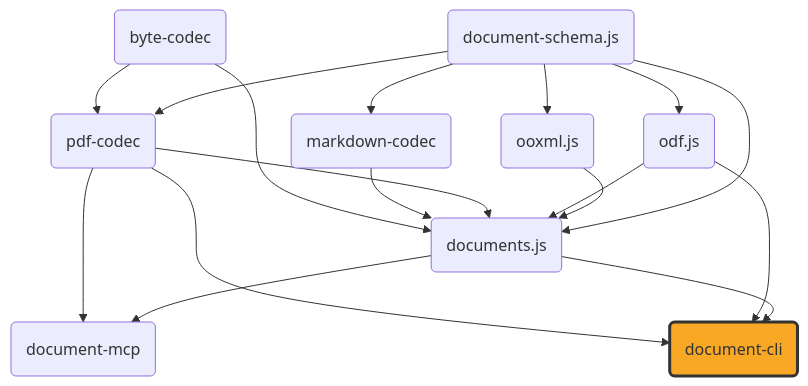
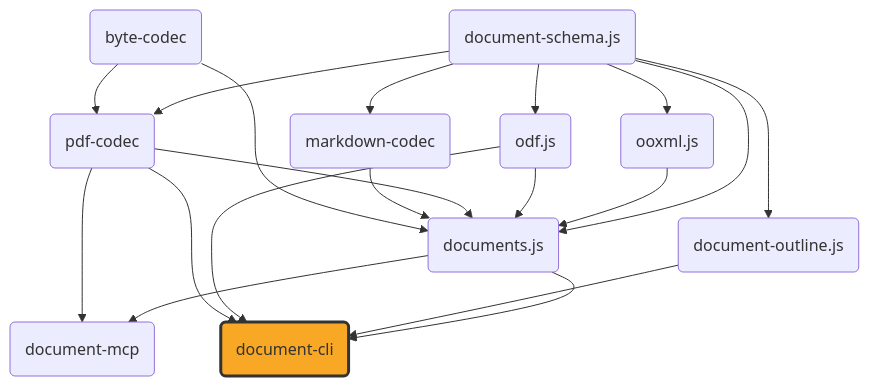
Before and after one commit to ExaDev/document-cli: the diagram in README.md, drawn with Mermaid. The commit also changed other lines of this file, not shown here.

First line of the commit message:
docs: document the outline command and document-outline.js's place in the family

````diff
--- a/README.md
+++ b/README.md
@@ -9,41 +9,45 @@
 ```mermaid
 graph TD
     schema("document-schema.js")
     ooxml("ooxml.js")
     odf("odf.js")
     pdfcodec("pdf-codec")
     mdcodec("markdown-codec")
     bytecodec("byte-codec")
     documents("documents.js")
+    outline("document-outline.js")
     mcp("document-mcp")
     cli("document-cli")
 
     schema --> ooxml
     schema --> odf
     schema --> pdfcodec
     schema --> mdcodec
     schema --> documents
+    schema --> outline
     ooxml --> documents
     odf --> documents
     pdfcodec --> documents
     mdcodec --> documents
     bytecodec --> pdfcodec
     bytecodec --> documents
     documents --> mcp
     pdfcodec --> mcp
     documents --> cli
+    outline --> cli
     odf --> cli
     pdfcodec --> cli
 
     click schema "https://github.com/ExaDev/document-schema.js" "document-schema.js"
     click ooxml "https://github.com/ExaDev/ooxml.js" "ooxml.js"
     click odf "https://github.com/ExaDev/odf.js" "odf.js"
     click pdfcodec "https://github.com/ExaDev/pdf-codec" "pdf-codec"
     click mdcodec "https://github.com/ExaDev/markdown-codec" "markdown-codec"
     click bytecodec "https://github.com/ExaDev/byte-codec" "byte-codec"
     click documents "https://github.com/ExaDev/documents.js" "documents.js"
+    click outline "https://github.com/ExaDev/document-outline.js" "document-outline.js"
     click mcp "https://github.com/ExaDev/document-mcp" "document-mcp"
     click cli "https://github.com/ExaDev/document-cli" "document-cli"
 
     style cli fill:#f9a825,stroke:#333,stroke-width:3px
 ```
````
